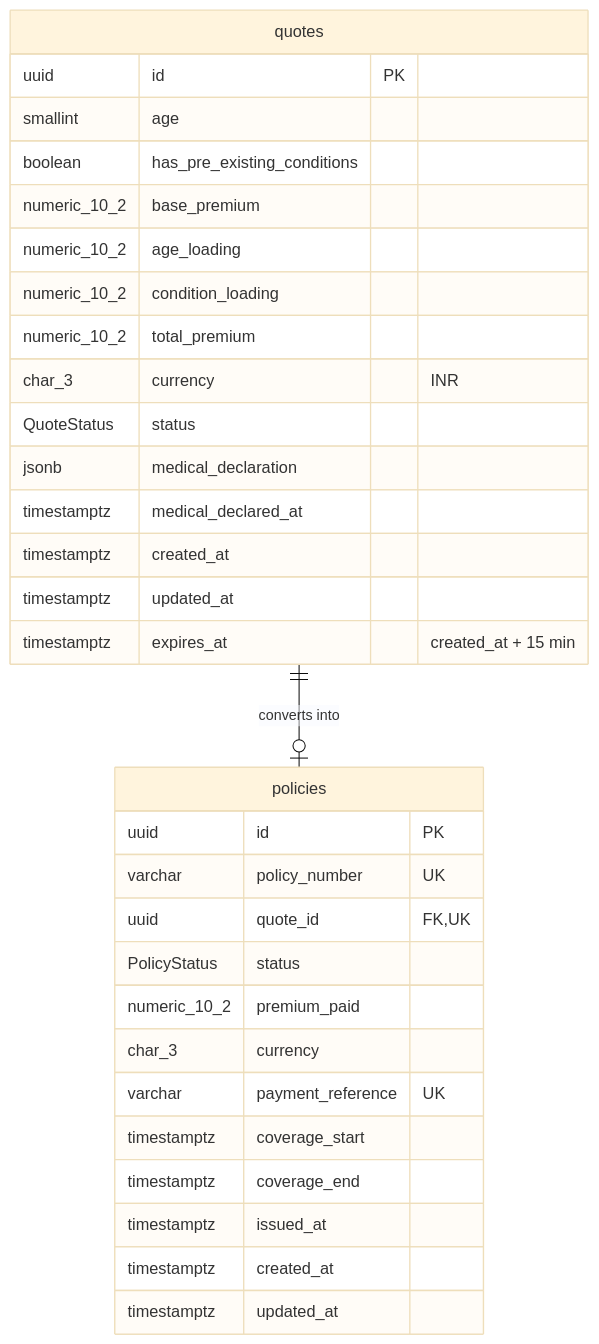
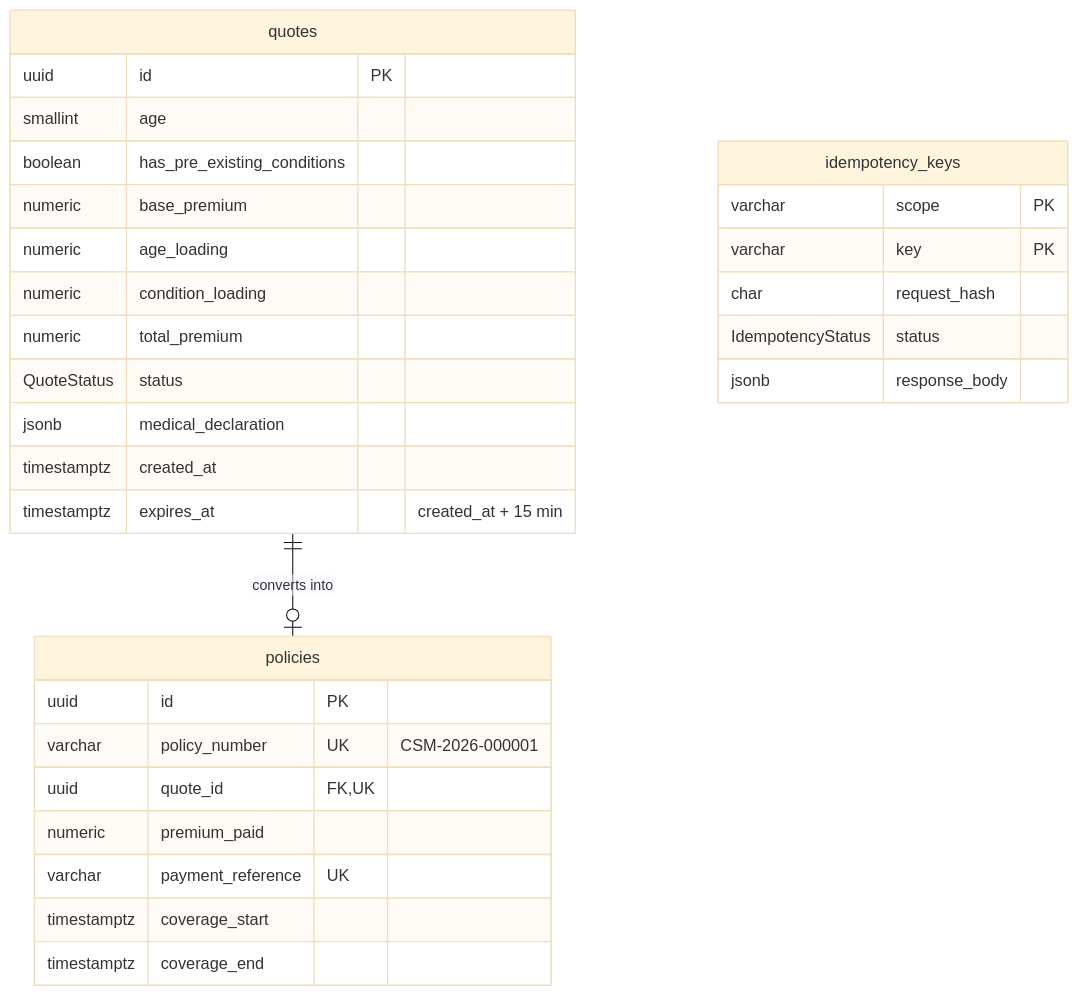
One commit to rishabhkashyap01/careshield-d2c changed the diagram in apps/api/README.md. Above: the diagram before and after it, drawn with Mermaid (base theme). The commit also changed other lines of this file and 32 other files, not shown here.

````diff
--- a/apps/api/README.md
+++ b/apps/api/README.md
@@ -19,34 +35,33 @@
 ```mermaid
 erDiagram
     quotes ||--o| policies : "converts into"
     quotes {
         uuid id PK
         smallint age
         boolean has_pre_existing_conditions
-        numeric_10_2 base_premium
-        numeric_10_2 age_loading
-        numeric_10_2 condition_loading
-        numeric_10_2 total_premium
-        char_3 currency "INR"
+        numeric base_premium
+        numeric age_loading
+        numeric condition_loading
+        numeric total_premium
         QuoteStatus status
         jsonb medical_declaration
-        timestamptz medical_declared_at
         timestamptz created_at
-        timestamptz updated_at
         timestamptz expires_at "created_at + 15 min"
     }
     policies {
         uuid id PK
-        varchar policy_number UK
+        varchar policy_number UK "CSM-2026-000001"
         uuid quote_id FK,UK
-        PolicyStatus status
-        numeric_10_2 premium_paid
-        char_3 currency
+        numeric premium_paid
         varchar payment_reference UK
         timestamptz coverage_start
         timestamptz coverage_end
-        timestamptz issued_at
-        timestamptz created_at
-        timestamptz updated_at
+    }
+    idempotency_keys {
+        varchar scope PK
+        varchar key PK
+        char request_hash
+        IdempotencyStatus status
+        jsonb response_body
     }
 ```
````
